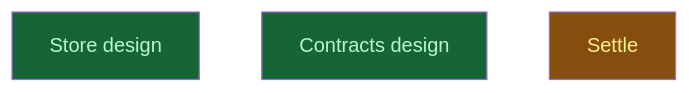
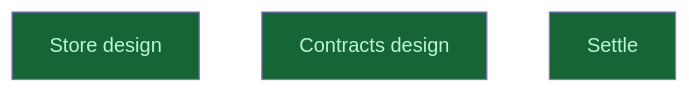
One commit to CrackingShells/cracking-shells-playbook changed the diagram in __roadmap__/m1-core-foundation/README.md. Above: the diagram before and after it, drawn with Mermaid. The commit also changed other lines of this file and 11 other files, not shown here.

First line of the commit message:
chore(roadmap): mark the m1-core-foundation campaign done

````diff
--- a/__roadmap__/m1-core-foundation/README.md
+++ b/__roadmap__/m1-core-foundation/README.md
@@ -54,11 +54,11 @@
 ```mermaid
 graph TD
     store_design[Store design]:::done
     contracts_design[Contracts design]:::done
-    settle[Settle]:::inprogress
+    settle[Settle]:::done
     classDef done       fill:#166534,color:#bbf7d0
     classDef inprogress fill:#854d0e,color:#fef08a
     classDef planned    fill:#374151,color:#e5e7eb
     classDef amendment  fill:#1e3a5f,color:#bfdbfe
     classDef blocked    fill:#7f1d1d,color:#fecaca
 ```
````
